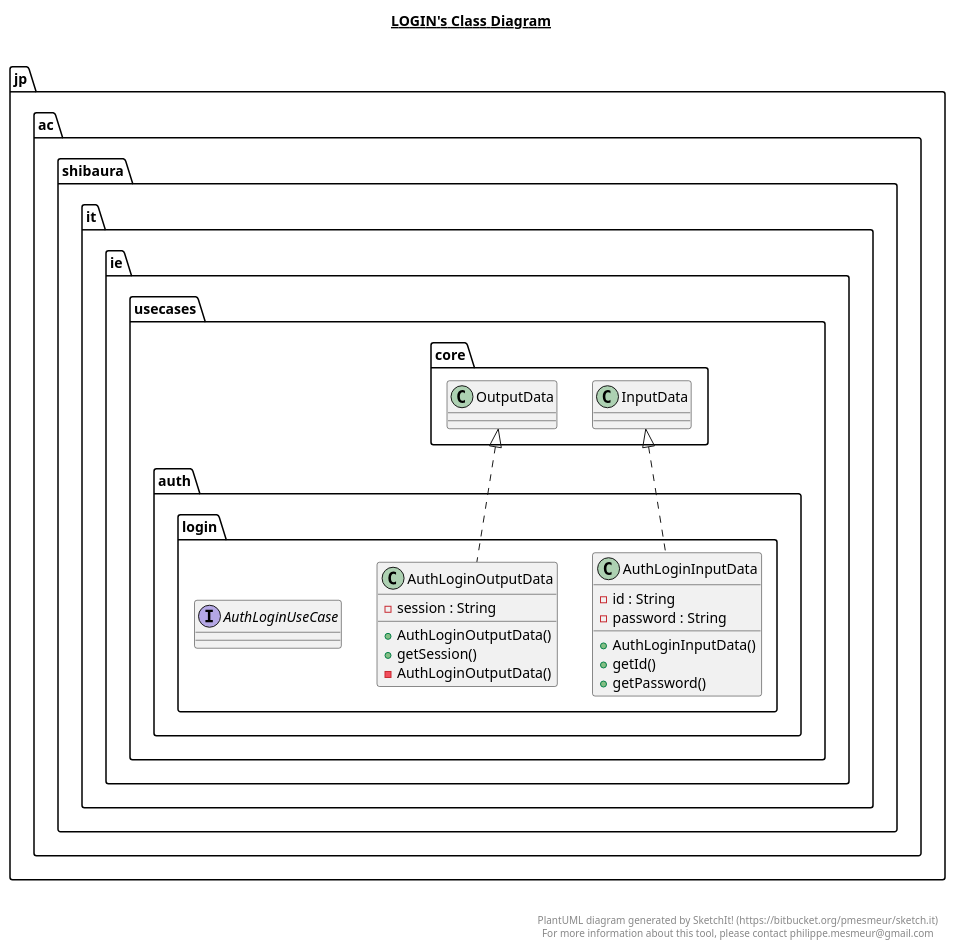
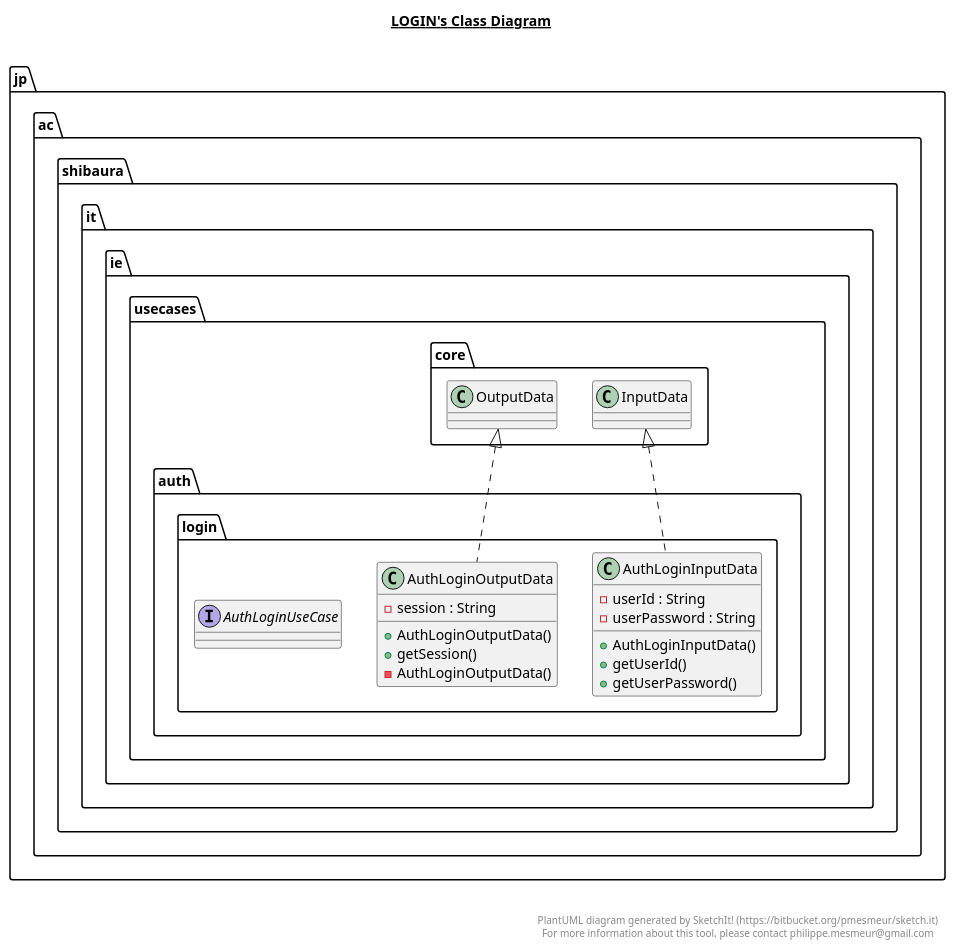
One commit to THEToilet/chatLobbyServer changed the diagram in src/jp/ac/shibaura/it/ie/usecases/auth/login/login.plantuml. Above: the diagram before and after it, drawn with PlantUML. The commit also changed 74 other files, not shown here.

```diff
--- a/src/jp/ac/shibaura/it/ie/usecases/auth/login/login.plantuml
+++ b/src/jp/ac/shibaura/it/ie/usecases/auth/login/login.plantuml
@@ -1,49 +1,49 @@
 @startuml
 
 title __LOGIN's Class Diagram__\n
 
   namespace jp.ac.shibaura.it.ie {
     namespace usecases.auth.login {
       class jp.ac.shibaura.it.ie.usecases.auth.login.AuthLoginInputData {
-          - id : String
-          - password : String
+          - userId : String
+          - userPassword : String
           + AuthLoginInputData()
-          + getId()
-          + getPassword()
+          + getUserId()
+          + getUserPassword()
       }
     }
   }
   
 
   namespace jp.ac.shibaura.it.ie {
     namespace usecases.auth.login {
       class jp.ac.shibaura.it.ie.usecases.auth.login.AuthLoginOutputData {
           - session : String
           + AuthLoginOutputData()
           + getSession()
           - AuthLoginOutputData()
       }
     }
   }
   
 
   namespace jp.ac.shibaura.it.ie {
     namespace usecases.auth.login {
       interface jp.ac.shibaura.it.ie.usecases.auth.login.AuthLoginUseCase {
       }
     }
   }
   
 
   jp.ac.shibaura.it.ie.usecases.auth.login.AuthLoginInputData .up.|> jp.ac.shibaura.it.ie.usecases.core.InputData
   jp.ac.shibaura.it.ie.usecases.auth.login.AuthLoginOutputData .up.|> jp.ac.shibaura.it.ie.usecases.core.OutputData
 
 
 right footer
 
 
 PlantUML diagram generated by SketchIt! (https://bitbucket.org/pmesmeur/sketch.it)
 For more information about this tool, please contact philippe.mesmeur@gmail.com
 endfooter
 
 @enduml
```
